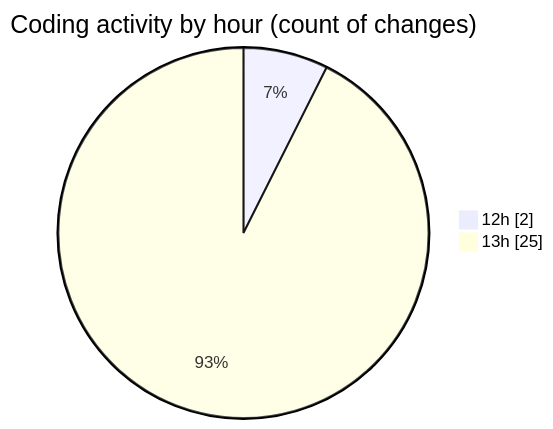
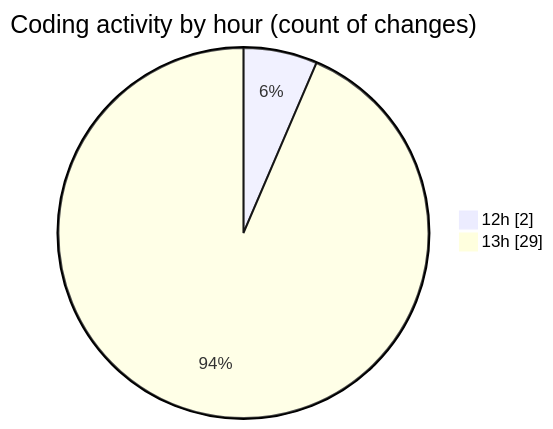
One commit to idhammustaqopulfikri/code-tracking changed the second of 2 diagrams in 2025-06-20/studio-backend/README.md. Above: the diagram before and after it, drawn with Mermaid. The commit also changed other lines of this file and 1 other file, not shown here.

````diff
--- a/2025-06-20/studio-backend/README.md
+++ b/2025-06-20/studio-backend/README.md
@@ -31,6 +31,6 @@
 ```mermaid
 pie showData
 title Coding activity by hour (count of changes)
 "12h" : 2
-"13h" : 25
+"13h" : 29
 ```
````
